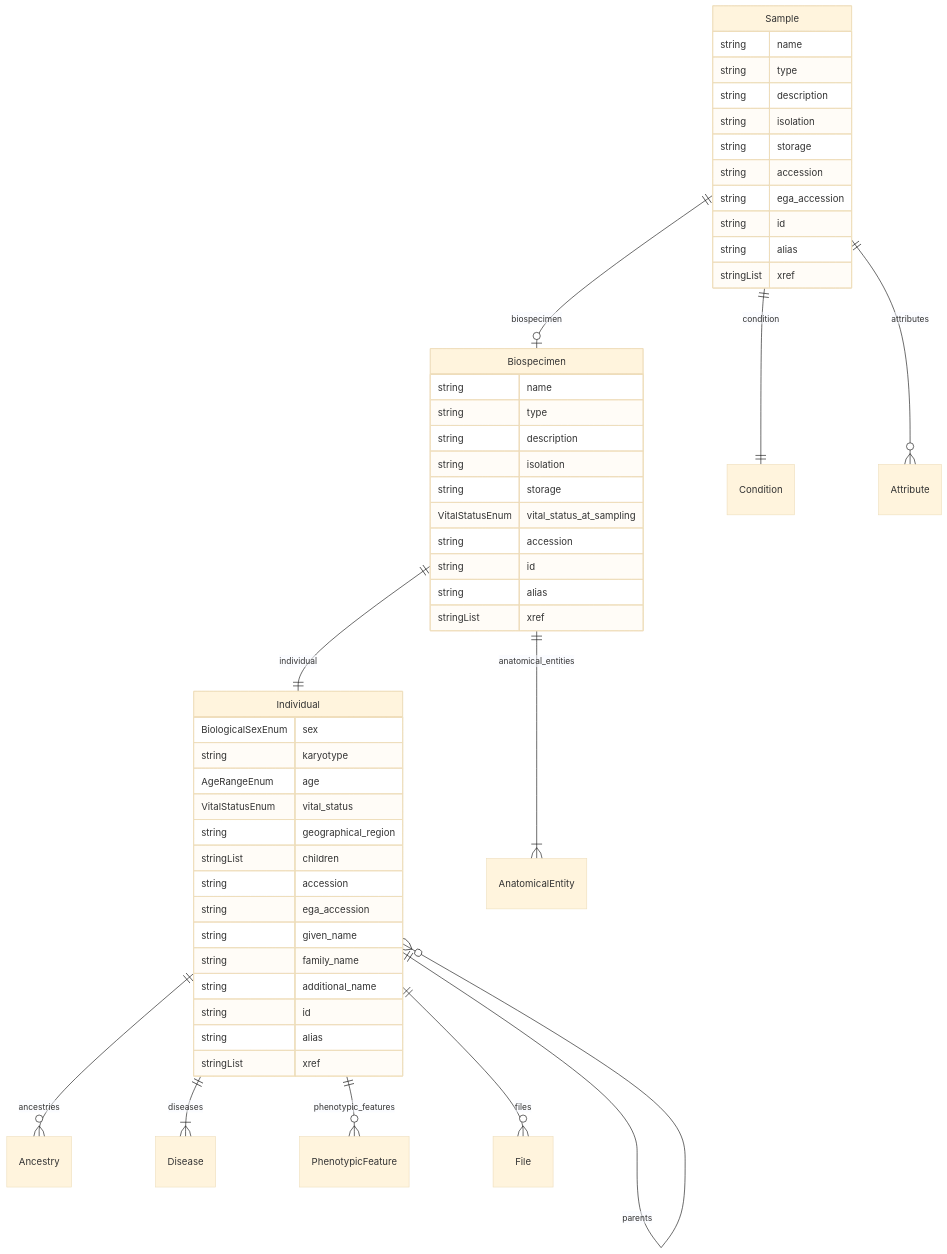
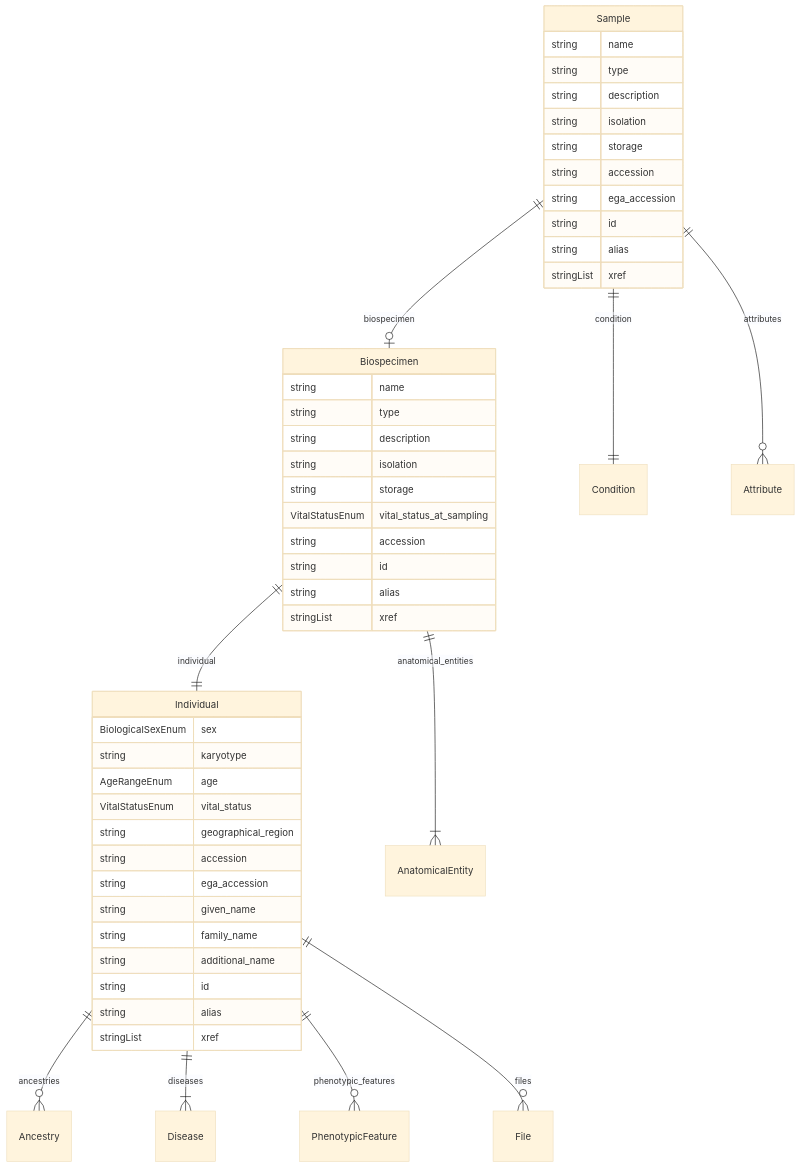
The fifth of 7 diagrams in docs/entity_relations.md (ghga-de/ghga-metadata-schema), drawn with Mermaid (base theme) before and after one commit. The commit also changed other lines of this file and 14 other files, not shown here.

````diff
--- a/docs/entity_relations.md
+++ b/docs/entity_relations.md
@@ -228,55 +226,53 @@
 ```mermaid
 erDiagram
 Individual {
     BiologicalSexEnum sex  
     string karyotype  
     AgeRangeEnum age  
     VitalStatusEnum vital_status  
     string geographical_region  
-    stringList children  
     string accession  
     string ega_accession  
     string given_name  
     string family_name  
     string additional_name  
     string id  
     string alias  
     stringList xref  
 }
 Biospecimen {
     string name  
     string type  
     string description  
     string isolation  
     string storage  
     VitalStatusEnum vital_status_at_sampling  
     string accession  
     string id  
     string alias  
     stringList xref  
 }
 Sample {
     string name  
     string type  
     string description  
     string isolation  
     string storage  
     string accession  
     string ega_accession  
     string id  
     string alias  
     stringList xref  
 }
 
 Individual ||--}o Ancestry : "ancestries"
-Individual ||--}o Individual : "parents"
 Individual ||--}| Disease : "diseases"
 Individual ||--}o PhenotypicFeature : "phenotypic_features"
 Individual ||--}o File : "files"
 Biospecimen ||--|| Individual : "individual"
 Biospecimen ||--}| AnatomicalEntity : "anatomical_entities"
 Sample ||--|o Biospecimen : "biospecimen"
 Sample ||--|| Condition : "condition"
 Sample ||--}o Attribute : "attributes"
 
 ```
````
